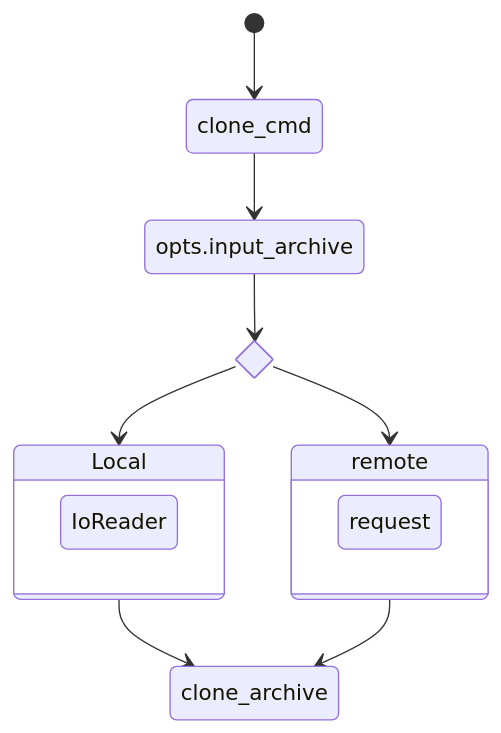
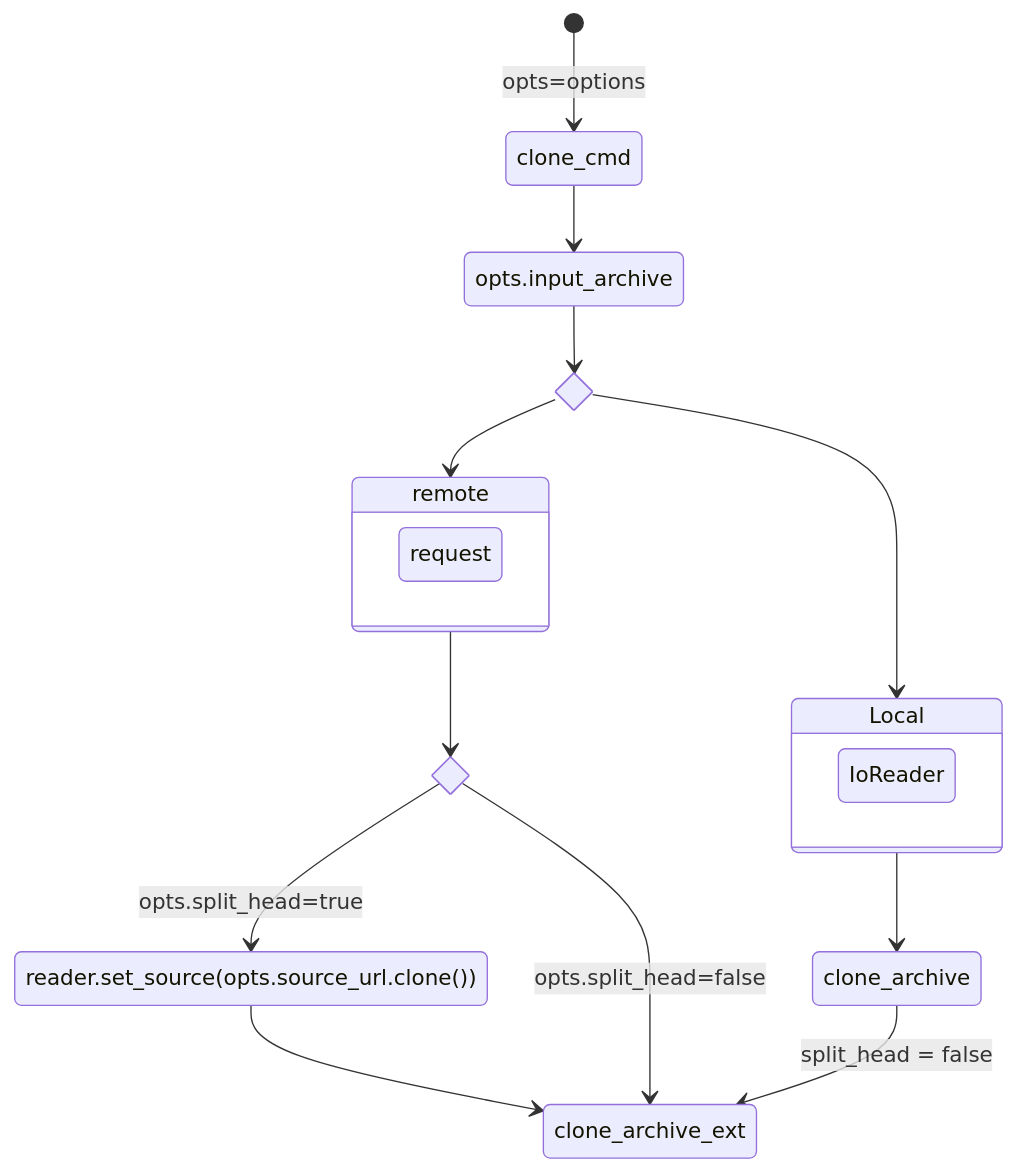
Before and after one commit to softtiny/docs.bita: the second of 2 diagrams in markdowns/clone_cmd.md, drawn with Mermaid. The commit also changed other lines of this file and 4 other files, not shown here.

````diff
--- a/markdowns/clone_cmd.md
+++ b/markdowns/clone_cmd.md
@@ -37,19 +36,25 @@
 ```mermaid
 stateDiagram-v2
     state match_url <<choice>>
+    state split_head <<choice>>
+    state "reader.set_source(opts.source_url.clone())" as set_source
     match_input: opts.input_archive
    
-    [*] --> clone_cmd
+    [*] --> clone_cmd :opts=options
     clone_cmd --> match_input
     match_input --> match_url
     state Local {
         IoReader
     }
     match_url --> Local
     state remote {
         request 
     }
     match_url --> remote
     Local --> clone_archive
-    remote --> clone_archive
+    remote --> split_head
+    split_head --> set_source :opts.split_head=true
+    set_source --> clone_archive_ext
+    split_head --> clone_archive_ext:opts.split_head=false
+    clone_archive --> clone_archive_ext :split_head = false
 ```
````
